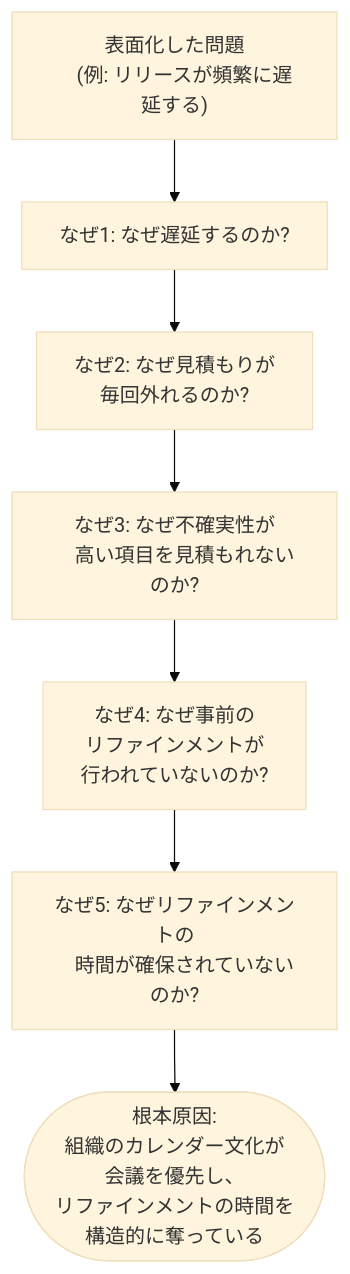
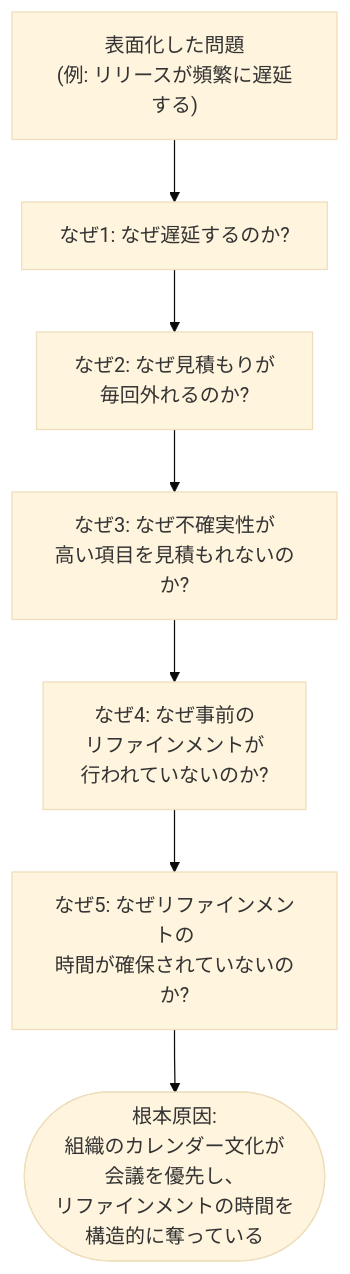
Before and after one commit to myoshi2891/Management-Team-Building-Studies: diagram 12 of 15 in Csp-sm-certified-scrum-professional-scrummaster-study-guide.md, drawn with Mermaid (base theme). The commit also changed other lines of this file, not shown here.

Commit message:
docs: CSP-SM 学習ガイドのMermaid図整形およびCTC/CEC注記を更新

````diff
--- a/Csp-sm-certified-scrum-professional-scrummaster-study-guide.md
+++ b/Csp-sm-certified-scrum-professional-scrummaster-study-guide.md
@@ -617,19 +547,9 @@
 ```mermaid
 flowchart TD
-    P["表面化した問題
-    (例: リリースが頻繁に遅延する)"] --> W1["なぜ1: なぜ遅延するのか?"]
-    W1 --> W2["なぜ2: なぜ見積もりが
-    毎回外れるのか?"]
-    W2 --> W3["なぜ3: なぜ不確実性が
-    高い項目を見積もれないのか?"]
-    W3 --> W4["なぜ4: なぜ事前の
-    リファインメントが
-    行われていないのか?"]
-    W4 --> W5["なぜ5: なぜリファインメントの
-    時間が確保されていないのか?"]
-    W5 --> Root(["根本原因:
-    組織のカレンダー文化が
-    会議を優先し、
-    リファインメントの時間を
-    構造的に奪っている"])
+    P["表面化した問題<br/>(例: リリースが頻繁に遅延する)"] --> W1["なぜ1: なぜ遅延するのか?"]
+    W1 --> W2["なぜ2: なぜ見積もりが<br/>毎回外れるのか?"]
+    W2 --> W3["なぜ3: なぜ不確実性が<br/>高い項目を見積もれないのか?"]
+    W3 --> W4["なぜ4: なぜ事前の<br/>リファインメントが<br/>行われていないのか?"]
+    W4 --> W5["なぜ5: なぜリファインメントの<br/>時間が確保されていないのか?"]
+    W5 --> Root(["根本原因:<br/>組織のカレンダー文化が<br/>会議を優先し、<br/>リファインメントの時間を<br/>構造的に奪っている"])
 ```
````
